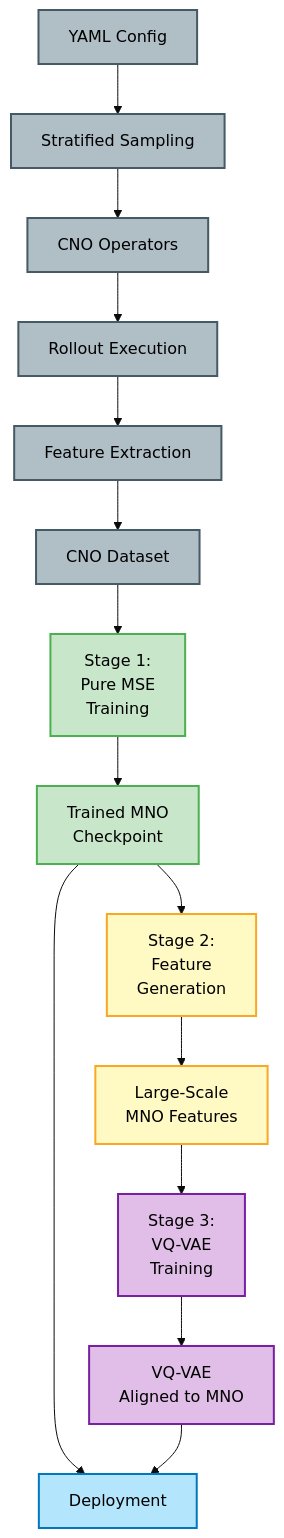
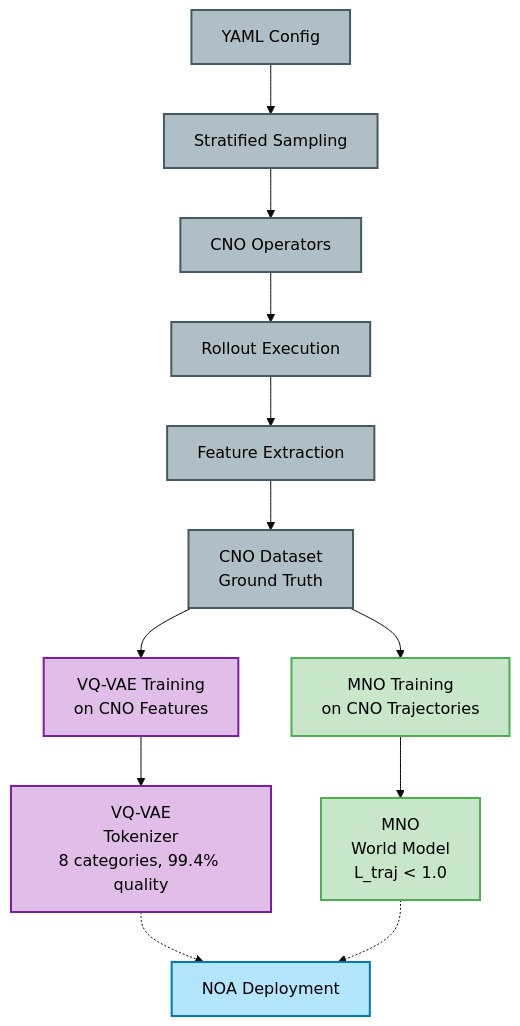
The first of 4 diagrams in docs/architecture.md (dgabriele/spinlock), drawn with Mermaid (base theme) before and after one commit. The commit also changed other lines of this file and 9 other files, not shown here.

First line of the commit message:
docs: update architecture to CNO-trained components

````diff
--- a/docs/architecture.md
+++ b/docs/architecture.md
@@ -15,32 +15,27 @@
 ```mermaid
 flowchart TB
     Config[YAML Config] --> Sampling[Stratified Sampling]
     Sampling --> CNOs[CNO Operators]
     CNOs --> Rollouts[Rollout Execution]
     Rollouts --> Extract[Feature Extraction]
-    Extract --> CNOData[CNO Dataset]
+    Extract --> CNOData[CNO Dataset<br/>Ground Truth]
 
-    CNOData --> Stage1[Stage 1:<br/>Pure MSE<br/>Training]
-    Stage1 --> MNOCheckpoint[Trained MNO<br/>Checkpoint]
+    CNOData --> VQTrain[VQ-VAE Training<br/>on CNO Features]
+    VQTrain --> VQVAEModel[VQ-VAE<br/>Tokenizer<br/>8 categories, 99.4% quality]
 
-    MNOCheckpoint --> Stage2[Stage 2:<br/>Feature<br/>Generation]
-    Stage2 --> MNOFeatures[Large-Scale<br/>MNO Features]
+    CNOData --> MNOTrain[MNO Training<br/>on CNO Trajectories]
+    MNOTrain --> MNOModel[MNO<br/>World Model<br/>L_traj < 1.0]
 
-    MNOFeatures --> Stage3[Stage 3:<br/>VQ-VAE<br/>Training]
-    Stage3 --> VQVAEModel[VQ-VAE<br/>Aligned to MNO]
-
-    MNOCheckpoint --> Final[Deployment]
-    VQVAEModel --> Final
+    VQVAEModel -.-> Deployment[NOA Deployment]
+    MNOModel -.-> Deployment
 
     classDef phase0 fill:#b0bec5,stroke:#455a64,stroke-width:2px,color:#000
-    classDef stage1 fill:#c8e6c9,stroke:#4caf50,stroke-width:2px,color:#000
-    classDef stage2 fill:#fff9c4,stroke:#f9a825,stroke-width:2px,color:#000
-    classDef stage3 fill:#e1bee7,stroke:#7b1fa2,stroke-width:2px,color:#000
+    classDef vqvae fill:#e1bee7,stroke:#7b1fa2,stroke-width:2px,color:#000
+    classDef mno fill:#c8e6c9,stroke:#4caf50,stroke-width:2px,color:#000
     classDef deployment fill:#b3e5fc,stroke:#0277bd,stroke-width:2px,color:#000
 
     class Config,Sampling,CNOs,Rollouts,Extract,CNOData phase0
-    class Stage1,MNOCheckpoint stage1
-    class Stage2,MNOFeatures stage2
-    class Stage3,VQVAEModel stage3
-    class Final deployment
+    class VQTrain,VQVAEModel vqvae
+    class MNOTrain,MNOModel mno
+    class Deployment deployment
 ```
````
